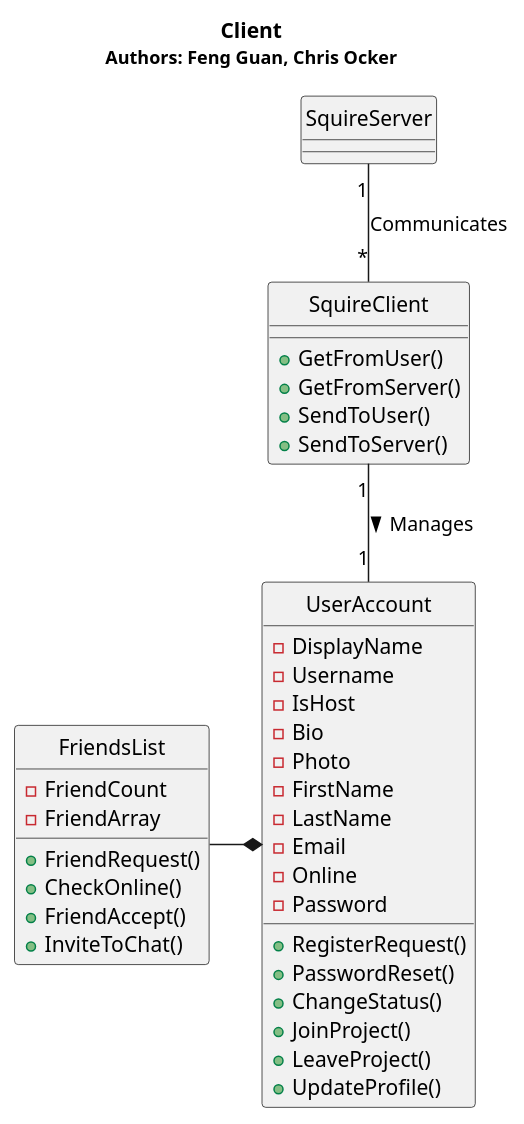
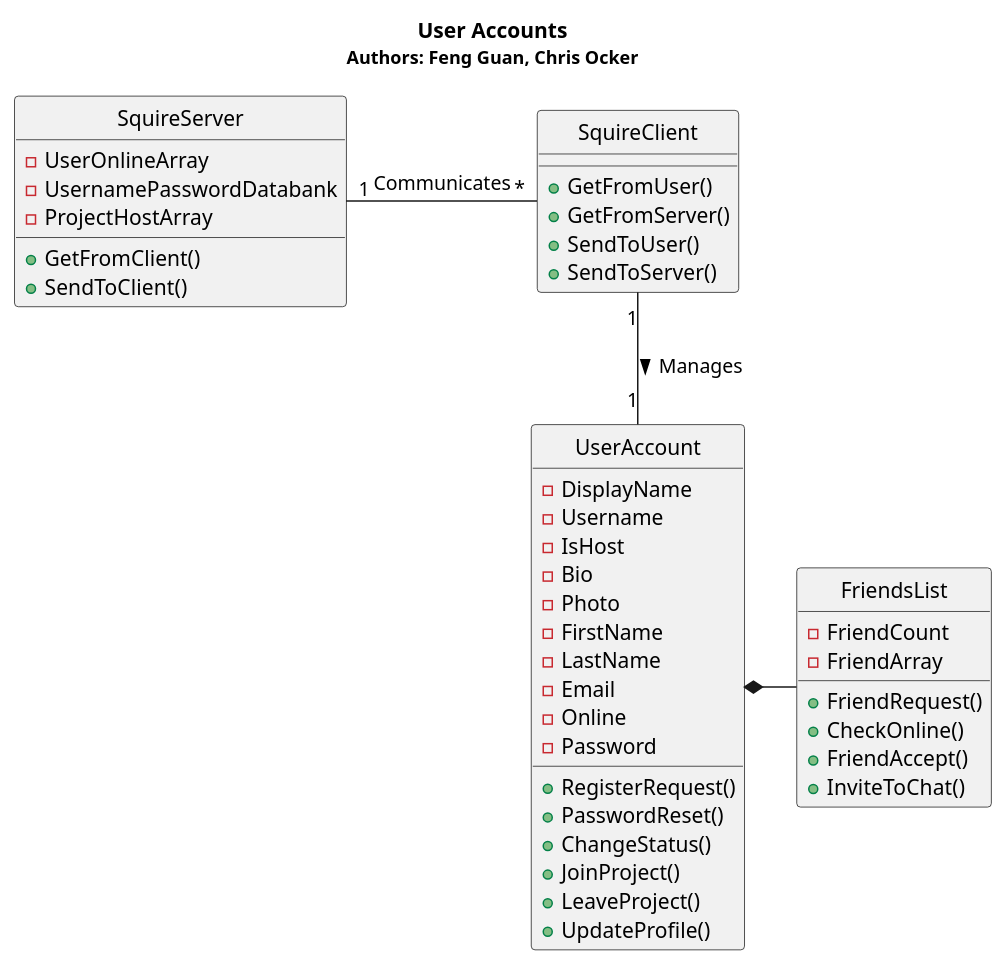
One commit to voxelv/sQuire_kw changed the diagram in hw3/UserAccount/UserAccounts.puml. Above: the diagram before and after it, drawn with PlantUML. The commit also changed other lines of this file, not shown here.

Commit message:
Combined two things

```diff
--- a/hw3/UserAccount/UserAccounts.puml
+++ b/hw3/UserAccount/UserAccounts.puml
@@ -1,49 +1,59 @@
 @startuml
 hide circles
 
-Title <b>Client</b>\n<size:12>Authors: Feng Guan, Chris Ocker</size>
+Title <b>User Accounts</b>\n<size:12>Authors: Feng Guan, Chris Ocker</size>
 
-
-class "SquireServer" as ss
 
 class "UserAccount" as ua {
 -DisplayName
 -Username
 -IsHost
 -Bio
 -Photo
 -FirstName
 -LastName
 -Email
 -Online
 -Password
 +RegisterRequest()
 +PasswordReset()
 +ChangeStatus()
 +JoinProject()
 +LeaveProject()
 +UpdateProfile()
 }
 
-class "SquireClient" as sc {
-+GetFromUser()
-+GetFromServer()
-+SendToUser()
-+SendToServer()
-}
 
 
 class "FriendsList" as fl {
 -FriendCount
 -FriendArray
 +FriendRequest()
 +CheckOnline()
 +FriendAccept()
 +InviteToChat()
 }
 
 
+class "SquireServer" as ss {
+-UserOnlineArray
+-UsernamePasswordDatabank
+-ProjectHostArray
++GetFromClient()
++SendToClient()
+}
+
+
+class "SquireClient" as sc {
++GetFromUser()
++GetFromServer()
++SendToUser()
++SendToServer()
+}
+
+
 sc "1"  -- "1" ua : Manages >
-ss "1"  -- "*" sc : Communicates
-fl  -r-* ua
+ss "1"  -r- "*" sc : Communicates
+
+fl  -l-* ua
 @enduml
```
